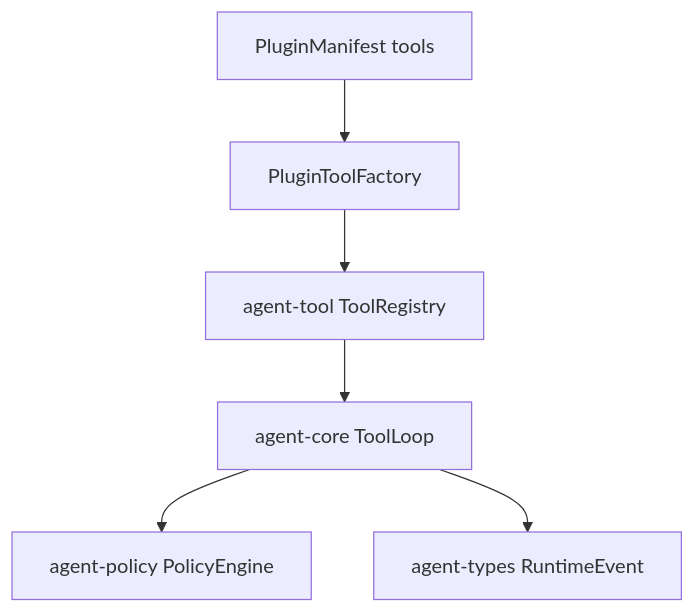
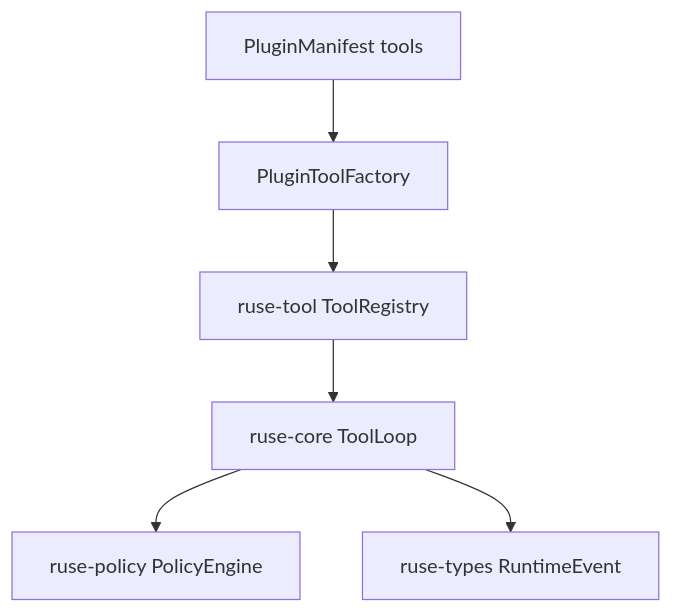
Before and after one commit to poneding/agent: the diagram in docs/specs/M11-04-plugin-tools-hooks.spec.md, drawn with Mermaid. The commit also changed other lines of this file and 2091 other files, not shown here.

First line of the commit message:
refactor: rename agent branding to ruse

````diff
--- a/docs/specs/M11-04-plugin-tools-hooks.spec.md
+++ b/docs/specs/M11-04-plugin-tools-hooks.spec.md
@@ -35,8 +35,8 @@
 ```mermaid
 flowchart TD
   manifest["PluginManifest tools"] --> factory["PluginToolFactory"]
-  factory --> registry["agent-tool ToolRegistry"]
-  registry --> loop["agent-core ToolLoop"]
-  loop --> policy["agent-policy PolicyEngine"]
-  loop --> events["agent-types RuntimeEvent"]
+  factory --> registry["ruse-tool ToolRegistry"]
+  registry --> loop["ruse-core ToolLoop"]
+  loop --> policy["ruse-policy PolicyEngine"]
+  loop --> events["ruse-types RuntimeEvent"]
 ```
````
